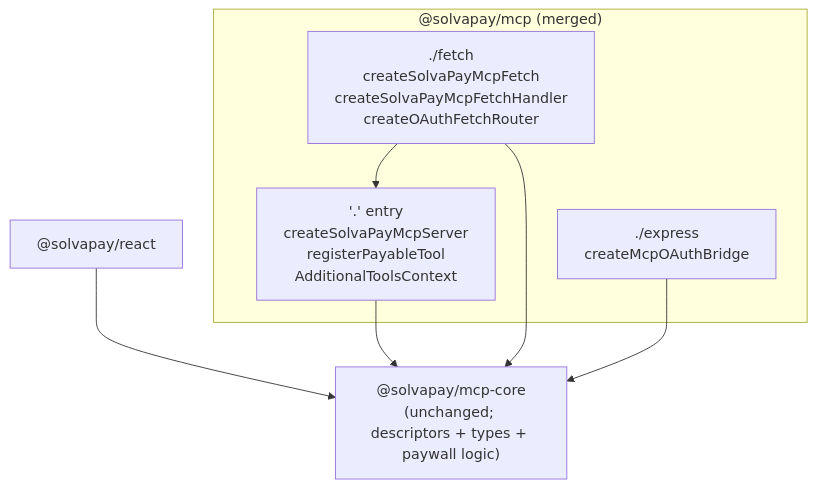
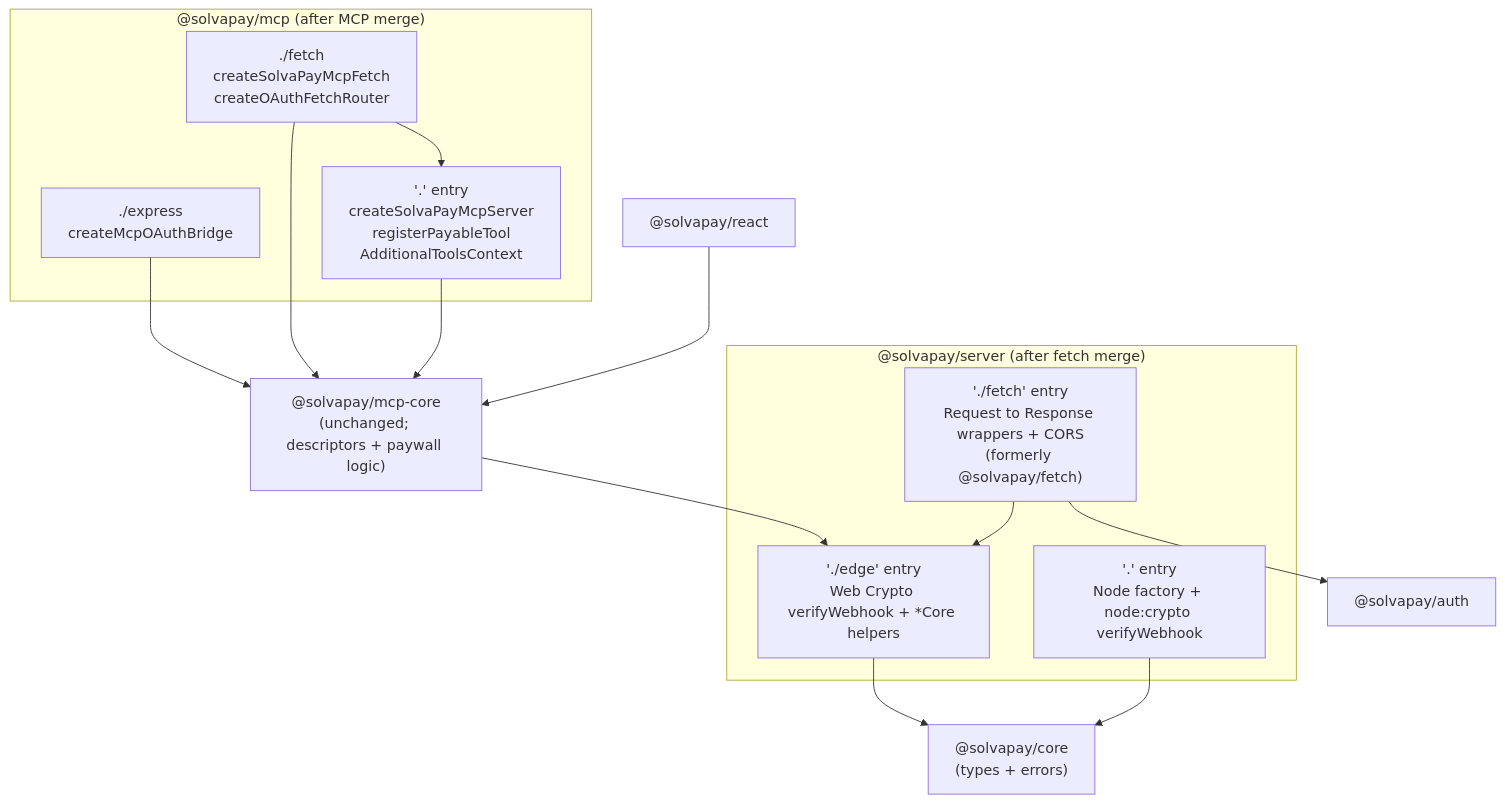
Before and after one commit to solvapay/solvapay-sdk: the diagram in .cursor/plans/mcp_packages_consolidation_c16e83c1.plan.md, drawn with Mermaid. The commit also changed other lines of this file and 78 other files, not shown here.

````diff
--- a/.cursor/plans/mcp_packages_consolidation_c16e83c1.plan.md
+++ b/.cursor/plans/mcp_packages_consolidation_c16e83c1.plan.md
@@ -57,16 +100,29 @@
 ```mermaid
 flowchart TD
-  mcpCore["@solvapay/mcp-core<br/>(unchanged; descriptors + types + paywall logic)"]
+  core["@solvapay/core<br/>(types + errors)"]
+  auth["@solvapay/auth"]
+  mcpCore["@solvapay/mcp-core<br/>(unchanged; descriptors + paywall logic)"]
   react["@solvapay/react"] --> mcpCore
 
-  subgraph mcp ["@solvapay/mcp (merged)"]
+  subgraph serverPkg ["@solvapay/server (after fetch merge)"]
+    serverRoot["'.' entry<br/>Node factory + node:crypto verifyWebhook"]
+    serverEdge["'./edge' entry<br/>Web Crypto verifyWebhook + *Core helpers"]
+    serverFetch["'./fetch' entry<br/>Request to Response wrappers + CORS<br/>(formerly @solvapay/fetch)"]
+  end
+
+  subgraph mcpPkg ["@solvapay/mcp (after MCP merge)"]
     mcpRoot["'.' entry<br/>createSolvaPayMcpServer<br/>registerPayableTool<br/>AdditionalToolsContext"]
-    mcpFetch["./fetch<br/>createSolvaPayMcpFetch<br/>createSolvaPayMcpFetchHandler<br/>createOAuthFetchRouter"]
+    mcpFetch["./fetch<br/>createSolvaPayMcpFetch<br/>createOAuthFetchRouter"]
     mcpExpress["./express<br/>createMcpOAuthBridge"]
   end
 
+  serverRoot --> core
+  serverEdge --> core
+  serverFetch --> serverEdge
+  serverFetch --> auth
   mcpRoot --> mcpCore
   mcpFetch --> mcpCore
   mcpFetch --> mcpRoot
   mcpExpress --> mcpCore
+  mcpCore --> serverEdge
 ```
````
